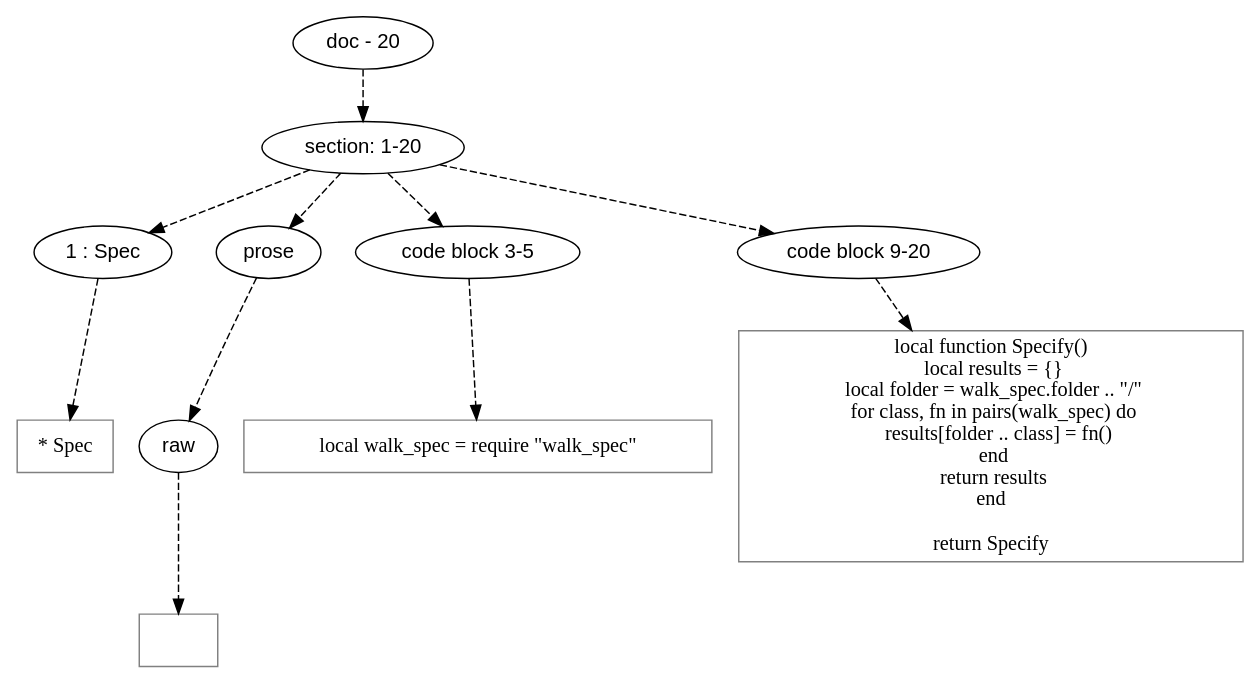
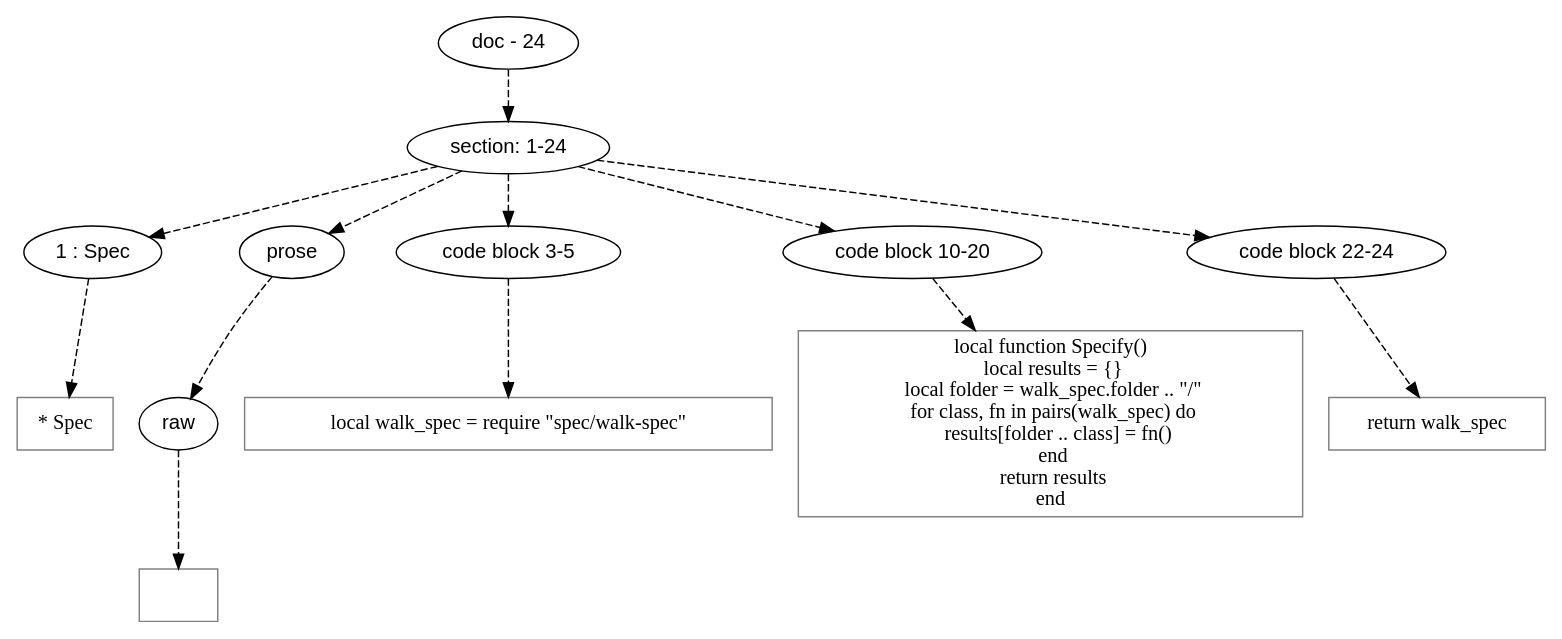
One commit to mnemnion/orb changed the diagram in doc/dot/spec/spec.dot. Above: the diagram before and after it, drawn with Graphviz. The commit also changed 19 other files, not shown here.

```diff
--- a/doc/dot/spec/spec.dot
+++ b/doc/dot/spec/spec.dot
@@ -1,66 +1,71 @@
 digraph lpegNode {
 
 node [fontname=Helvetica]
 edge [style=dashed]
 
-doc_0 [label="doc - 20"]
+doc_0 [label="doc - 24"]
 
 
 doc_0 -> { section_1}
 {rank=same; section_1}
 
-section_1 [label="section: 1-20"]
+section_1 [label="section: 1-24"]
 
 
 // END RANK doc_0
 
-section_1 -> { header_2 prose_3 codeblock_4 codeblock_5}
-{rank=same; header_2 prose_3 codeblock_4 codeblock_5}
+section_1 -> { header_2 prose_3 codeblock_4 codeblock_5 codeblock_6}
+{rank=same; header_2 prose_3 codeblock_4 codeblock_5 codeblock_6}
 
 header_2 [label="1 : Spec"]
 
 prose_3 [label="prose"]
 
 codeblock_4 [label="code block 3-5"]
 
-codeblock_5 [label="code block 9-20"]
+codeblock_5 [label="code block 10-20"]
+
+codeblock_6 [label="code block 22-24"]
 
 
 // END RANK section_1
 
-header_2 -> leaf_6
-leaf_6  [color=Gray,shape=rectangle,fontname=Inconsolata,label="* Spec"]
+header_2 -> leaf_7
+leaf_7  [color=Gray,shape=rectangle,fontname=Inconsolata,label="* Spec"]
 // END RANK header_2
 
-prose_3 -> { raw_7}
-{rank=same; raw_7}
+prose_3 -> { raw_8}
+{rank=same; raw_8}
 
-raw_7 [label="raw"]
+raw_8 [label="raw"]
 
 
 // END RANK prose_3
 
-raw_7 -> leaf_8
-leaf_8  [color=Gray,shape=rectangle,fontname=Inconsolata,label="
+raw_8 -> leaf_9
+leaf_9  [color=Gray,shape=rectangle,fontname=Inconsolata,label="
 "]
-// END RANK raw_7
+// END RANK raw_8
 
-codeblock_4 -> leaf_9
-leaf_9  [color=Gray,shape=rectangle,fontname=Inconsolata,label="local walk_spec = require \"walk_spec\""]
+codeblock_4 -> leaf_10
+leaf_10  [color=Gray,shape=rectangle,fontname=Inconsolata,label="local walk_spec = require \"spec/walk-spec\""]
 // END RANK codeblock_4
 
-codeblock_5 -> leaf_10
-leaf_10  [color=Gray,shape=rectangle,fontname=Inconsolata,label="local function Specify()
+codeblock_5 -> leaf_11
+leaf_11  [color=Gray,shape=rectangle,fontname=Inconsolata,label="local function Specify()
   local results = {}
   local folder = walk_spec.folder .. \"/\"
   for class, fn in pairs(walk_spec) do
     results[folder .. class] = fn()
   end
   return results
 end
+"]
+// END RANK codeblock_5
 
-return Specify"]
-// END RANK codeblock_5
+codeblock_6 -> leaf_12
+leaf_12  [color=Gray,shape=rectangle,fontname=Inconsolata,label="return walk_spec"]
+// END RANK codeblock_6
 
 
 }
```
